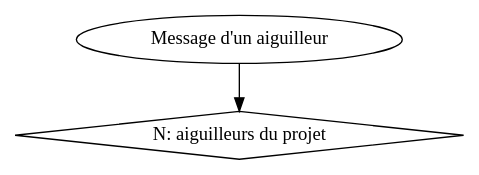
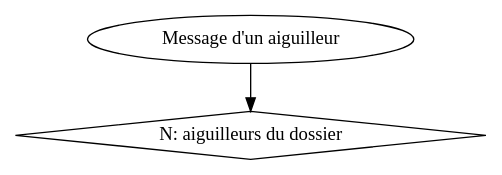
One commit to betagouv/recommandations-collaboratives changed the fourth of 6 diagrams in docs/workflows.rst. Above: the diagram before and after it, drawn with Graphviz. The commit also changed other lines of this file and 11 other files, not shown here.

Commit message:
[fix] update terminology from "projet" to "dossier" in SQL, documentation, and templates

```diff
--- a/docs/workflows.rst
+++ b/docs/workflows.rst
@@ -63,8 +63,8 @@
 .. graphviz::
 
    digraph foo {
-      "N: aiguilleurs du projet"[shape="diamond"];
+      "N: aiguilleurs du dossier"[shape="diamond"];
 
-      "Message d'un aiguilleur" -> "N: aiguilleurs du projet";
+      "Message d'un aiguilleur" -> "N: aiguilleurs du dossier";
 
    }
```
